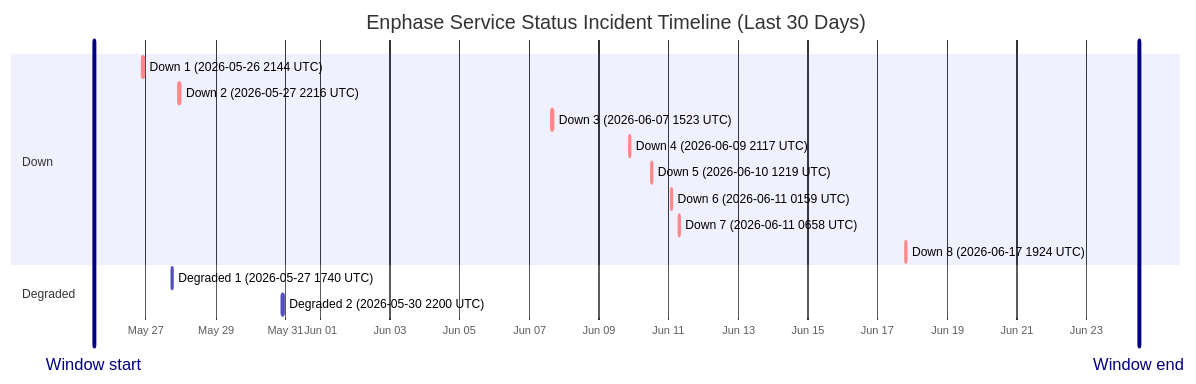
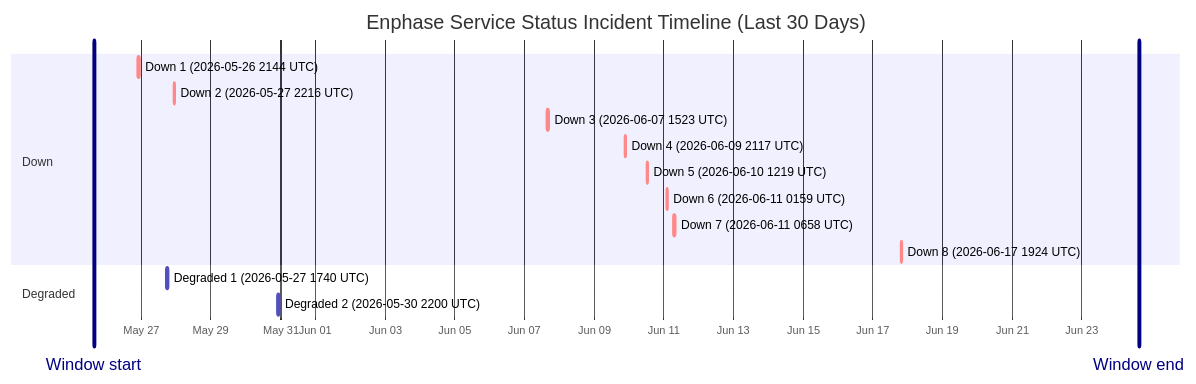
The diagram in wiki/Service-Status-History.md (barneyonline/ha-enphase-energy), drawn with Mermaid before and after one commit. The commit also changed other lines of this file and 3 other files, not shown here.

````diff
--- a/wiki/Service-Status-History.md
+++ b/wiki/Service-Status-History.md
@@ -14,20 +14,20 @@
 ```mermaid
 gantt
     title Enphase Service Status Incident Timeline (Last 30 Days)
     dateFormat  YYYY-MM-DDTHH:mm:ss
     axisFormat  %b %d
-    Window start :vert, window-start, 2026-05-25T12:05:37, 0ms
-    Window end :vert, window-end, 2026-06-24T12:05:37, 0ms
+    Window start :vert, window-start, 2026-05-25T15:17:35, 0ms
+    Window end :vert, window-end, 2026-06-24T15:17:35, 0ms
     section Down
     Down 1 (2026-05-26 2144 UTC) :crit, down-1, 2026-05-26T21:44:11, 85m
     Down 2 (2026-05-27 2216 UTC) :crit, down-2, 2026-05-27T22:16:53, 87m
     Down 3 (2026-06-07 1523 UTC) :crit, down-3, 2026-06-07T15:23:22, 87m
     Down 4 (2026-06-09 2117 UTC) :crit, down-4, 2026-06-09T21:17:17, 60m
     Down 5 (2026-06-10 1219 UTC) :crit, down-5, 2026-06-10T12:19:21, 60m
     Down 6 (2026-06-11 0159 UTC) :crit, down-6, 2026-06-11T01:59:36, 60m
     Down 7 (2026-06-11 0658 UTC) :crit, down-7, 2026-06-11T06:58:45, 60m
     Down 8 (2026-06-17 1924 UTC) :crit, down-8, 2026-06-17T19:24:51, 60m
     section Degraded
     Degraded 1 (2026-05-27 1740 UTC) :active, degraded-1, 2026-05-27T17:40:52, 60m
     Degraded 2 (2026-05-30 2200 UTC) :active, degraded-2, 2026-05-30T22:00:37, 60m
 ```
````
